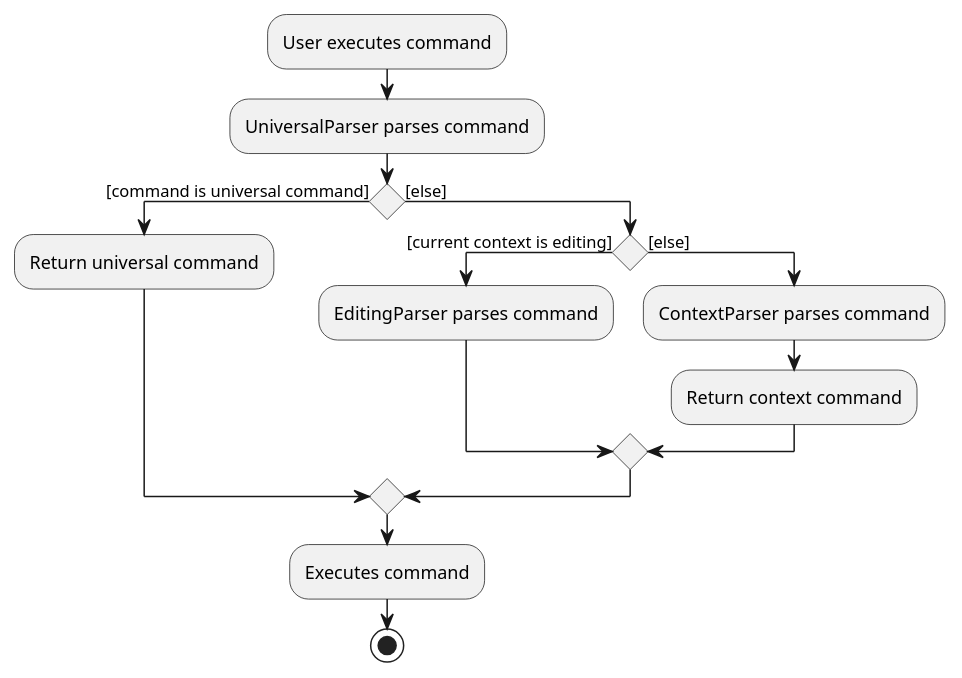
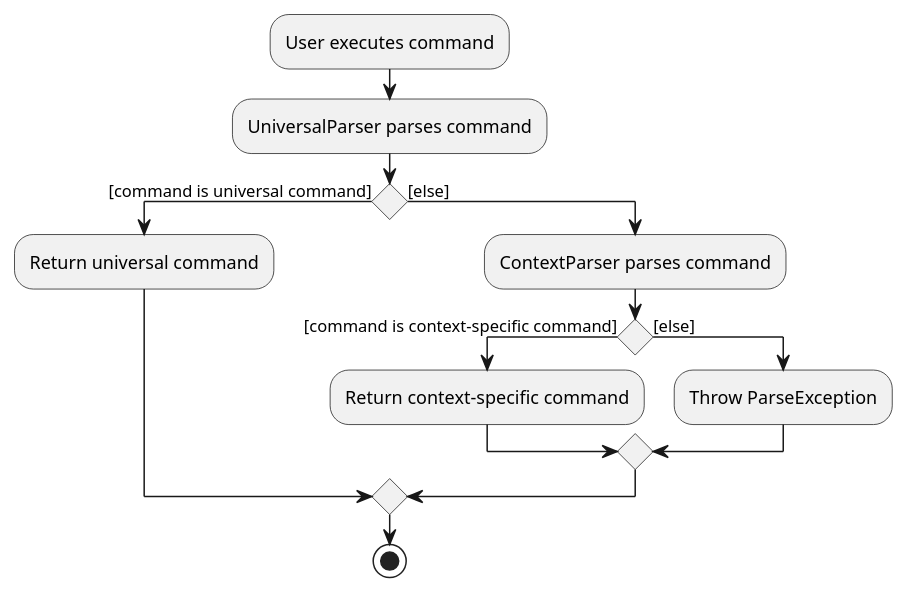
One commit to nus-cs2103-AY1920S1/addressbook-level3 changed the diagram in docs/diagrams/ParserActivityDiagram.puml. Above: the diagram before and after it, drawn with PlantUML. The commit also changed 5 other files, not shown here.

```diff
--- a/docs/diagrams/ParserActivityDiagram.puml
+++ b/docs/diagrams/ParserActivityDiagram.puml
@@ -1,18 +1,16 @@
 @startuml
 :User executes command;
 :UniversalParser parses command;
 
 if () then ([command is universal command])
     :Return universal command;
 else ([else])
-    if () then ([current context is editing])
-        :EditingParser parses command;
+    :ContextParser parses command;
+    if () then ([command is context-specific command])
+        :Return context-specific command;
     else ([else])
-        :ContextParser parses command;
-        :Return context command;
+        :Throw ParseException;
     endif
 endif
-
-:Executes command;
 stop
 @enduml
```
